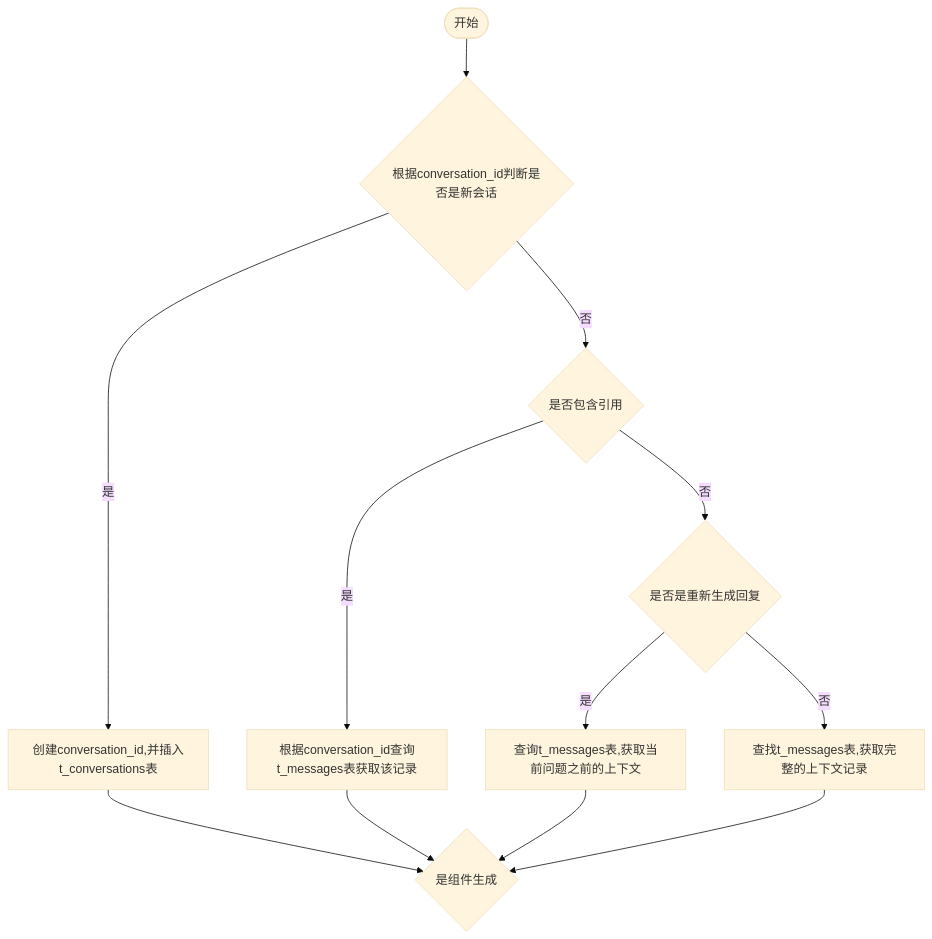
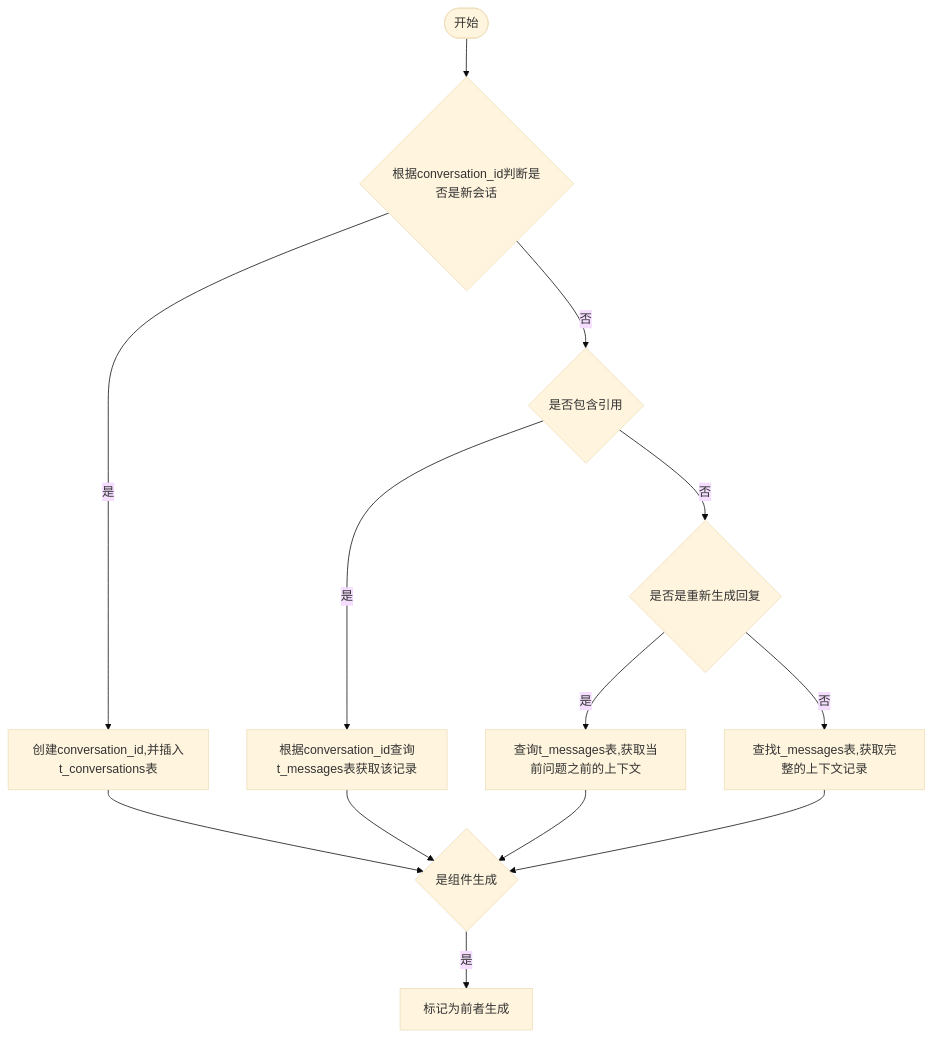
One commit to yingjianzh/iodraw-files changed the diagram in all/未命名-7.md. Above: the diagram before and after it, drawn with Mermaid (base theme).

Commit message:
2024-10-12 14:27:03 update

````diff
--- a/all/未命名-7.md
+++ b/all/未命名-7.md
@@ -1,15 +1,15 @@
 ```mermaid
 flowchart TD
     A([开始]) --> B{根据conversation_id判断是否是新会话}
     B -- 是 --> C[创建conversation_id,并插入t_conversations表]
     B -- 否 --> D{是否包含引用}
     D -- 是 --> E[根据conversation_id查询t_messages表获取该记录]
     D -- 否 --> F{是否是重新生成回复}
     F -- 是 --> G[查询t_messages表,获取当前问题之前的上下文]
     F -- 否 --> H[查找t_messages表,获取完整的上下文记录]
      
     C & E & G & H --> I{是组件生成}
-    
+    I -- 是 --> J[标记为前者生成]
 
 
 ```
````
